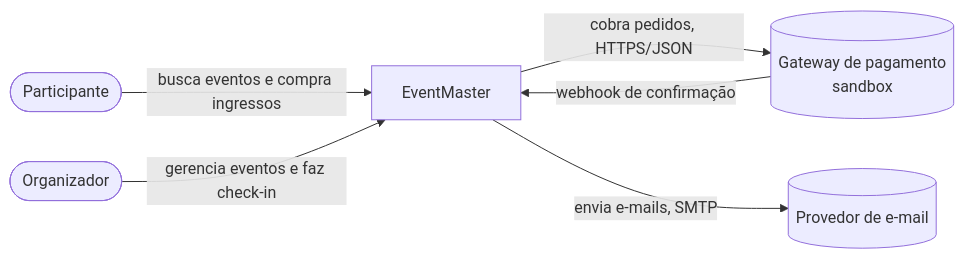
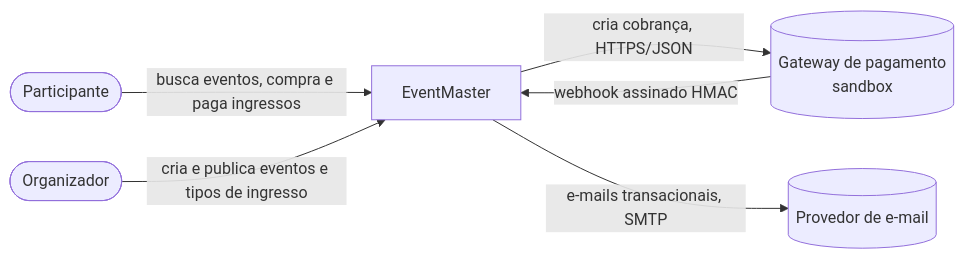
Before and after one commit to MarcosProchnow/eventmaster: the first of 5 diagrams in docs/diagramas/c4.md, drawn with Mermaid. The commit also changed other lines of this file and 20 other files, not shown here.

````diff
--- a/docs/diagramas/c4.md
+++ b/docs/diagramas/c4.md
@@ -6,8 +6,8 @@
 ```mermaid
 flowchart LR
-  P([Participante]) -->|busca eventos e compra ingressos| EM[EventMaster]
-  O([Organizador]) -->|gerencia eventos e faz check-in| EM
-  EM -->|cobra pedidos, HTTPS/JSON| PG[(Gateway de pagamento\nsandbox)]
-  PG -->|webhook de confirmação| EM
-  EM -->|envia e-mails, SMTP| MAIL[(Provedor de e-mail)]
+  P([Participante]) -->|busca eventos, compra e paga ingressos| EM[EventMaster]
+  O([Organizador]) -->|cria e publica eventos e tipos de ingresso| EM
+  EM -->|cria cobrança, HTTPS/JSON| PG[(Gateway de pagamento\nsandbox)]
+  PG -->|webhook assinado HMAC| EM
+  EM -->|e-mails transacionais, SMTP| MAIL[(Provedor de e-mail)]
 ```
````
